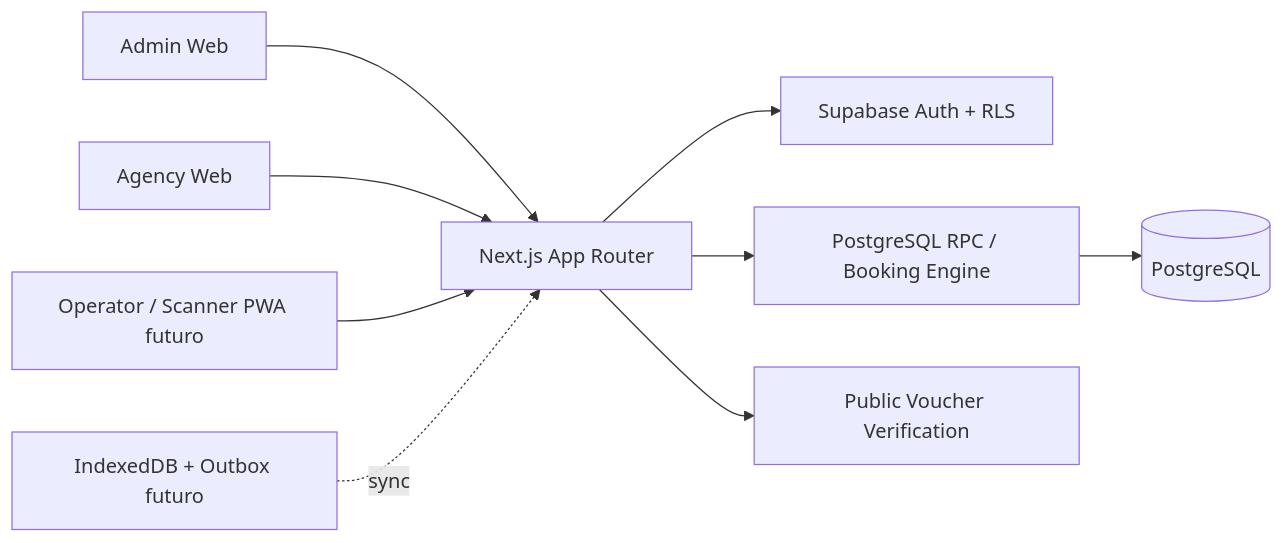
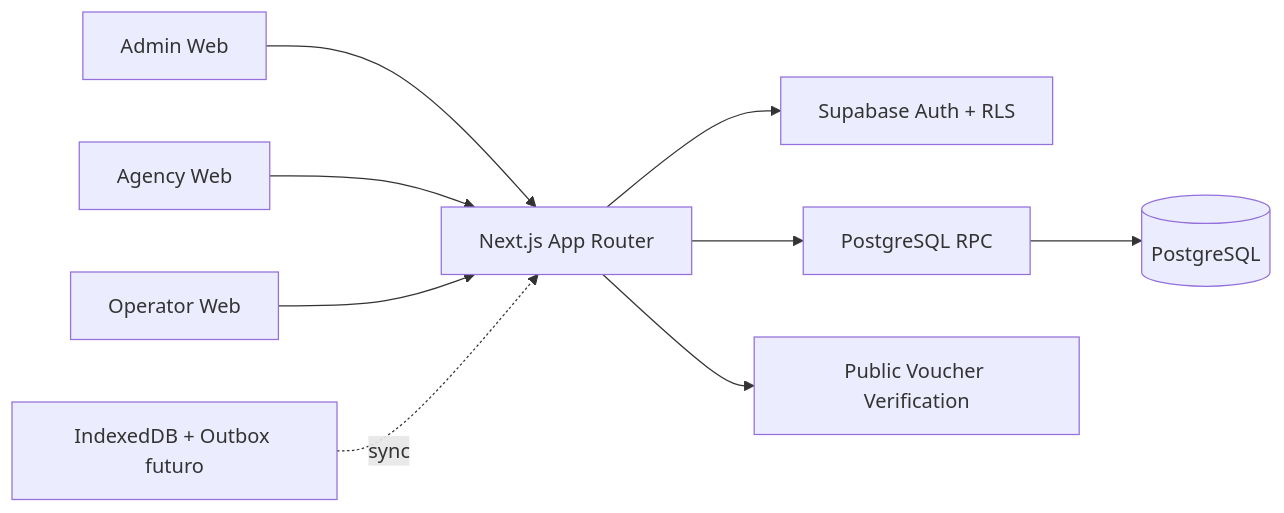
Before and after one commit to Studios-TKOH/galapagos-app: the diagram in README.md, drawn with Mermaid. The commit also changed other lines of this file and 20 other files, not shown here.

````diff
--- a/README.md
+++ b/README.md
@@ -24,11 +25,11 @@
 ```mermaid
 flowchart LR
   A[Admin Web] --> N[Next.js App Router]
   B[Agency Web] --> N
-  C[Operator / Scanner PWA futuro] --> N
+  C[Operator Web] --> N
   N --> AUTH[Supabase Auth + RLS]
-  N --> RPC[PostgreSQL RPC / Booking Engine]
+  N --> RPC[PostgreSQL RPC]
   RPC --> DB[(PostgreSQL)]
   N --> VERIFY[Public Voucher Verification]
   OFF[IndexedDB + Outbox futuro] -. sync .-> N
 ```
````
